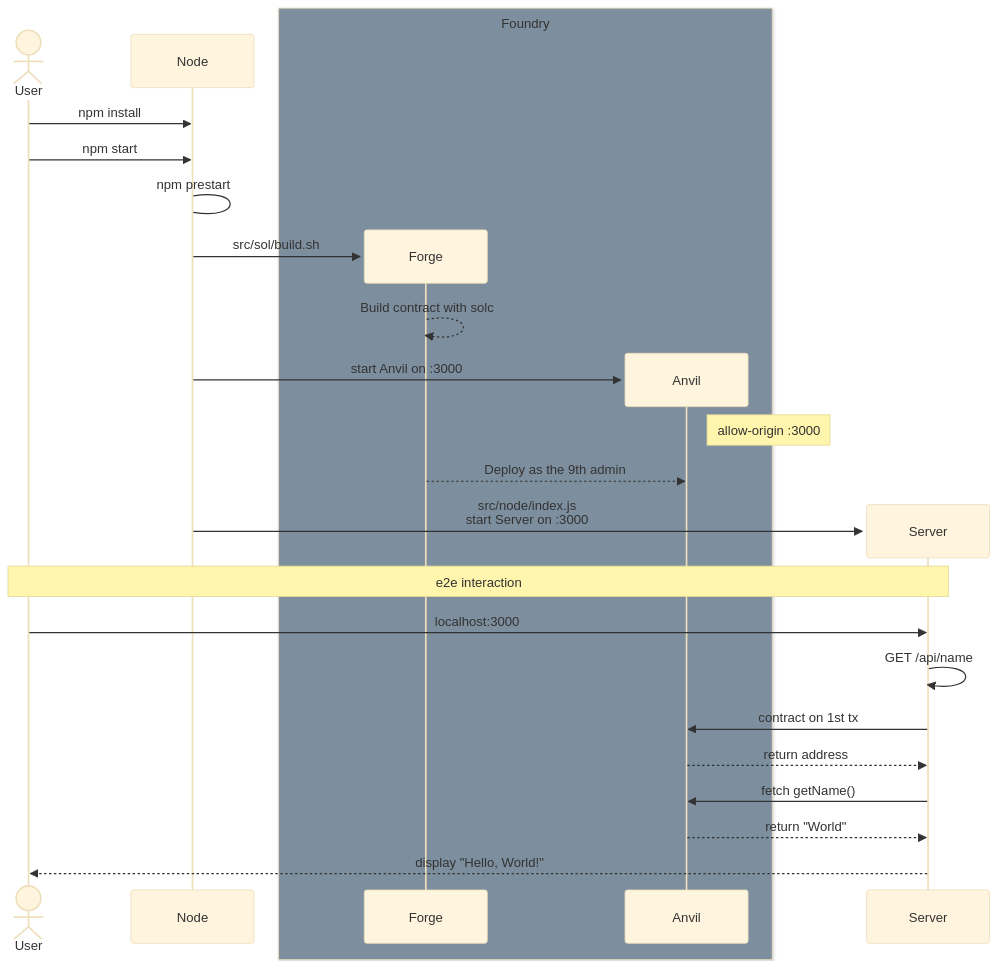
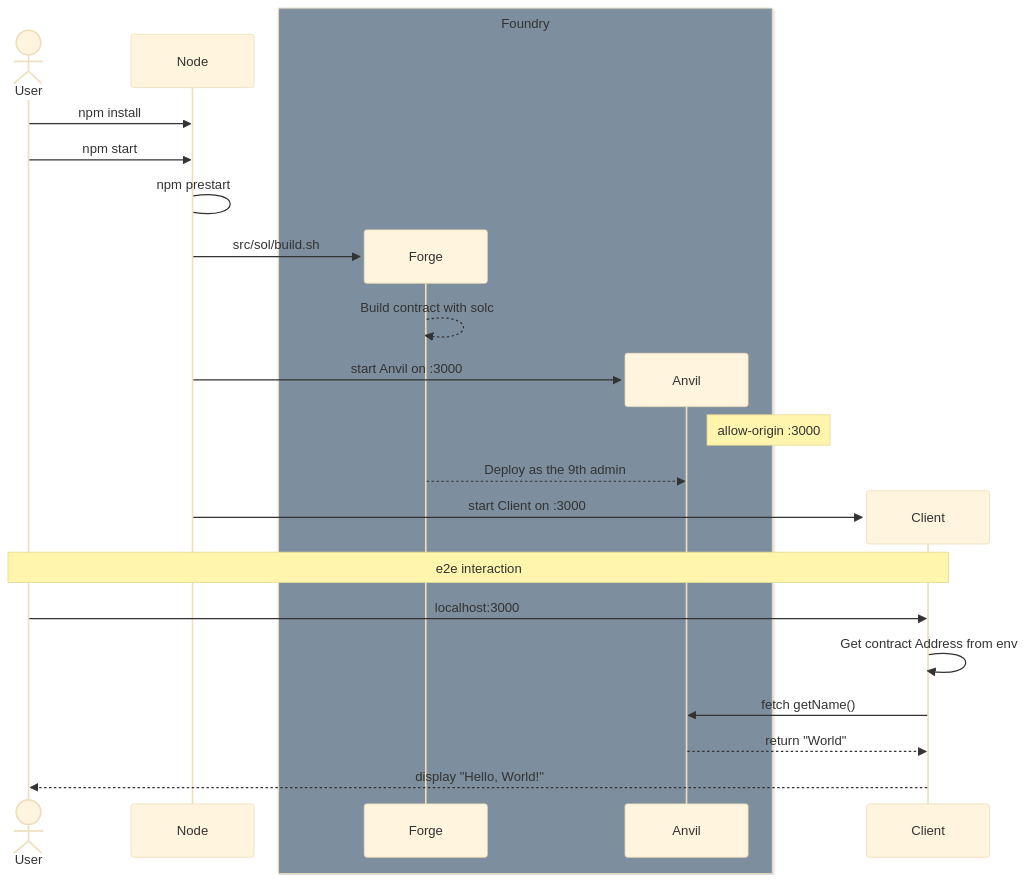
One commit to ooMia/hands-on-dapp changed the diagram in README.md. Above: the diagram before and after it, drawn with Mermaid (base theme). The commit also changed 47 other files, not shown here.

````diff
--- a/README.md
+++ b/README.md
@@ -28,36 +28,34 @@
 ```mermaid
 sequenceDiagram
 
     actor U as User
     participant N as Node
 
     U ->> N: npm install
     U ->> N: npm start
     N -> N: npm prestart
 
     create participant F as Forge
     N ->> F: src/sol/build.sh
     F -->> F: Build contract with solc
     create participant A as Anvil
     N ->> A: start Anvil on :3000
     Note right of A: allow-origin :3000
 
     F -->> A: Deploy as the 9th admin
 
     box rgba(33,66,99,0.5) Foundry
     participant A
     participant F
     end
 
-    create participant S as Server
-    N ->> S: src/node/index.js<br>start Server on :3000
+    create participant C as Client
+    N ->> C: start Client on :3000
 
-    Note over U,S: e2e interaction
-    U ->> S: localhost:3000
-    S ->> S: GET /api/name
-    S ->> A: contract on 1st tx
-    A -->> S: return address
-    S ->> A: fetch getName()
-    A -->> S: return "World"
-    S -->> U: display "Hello, World!"
+    Note over U,C: e2e interaction
+    U ->> C: localhost:3000
+    C ->> C: Get contract Address from env
+    C ->> A: fetch getName()
+    A -->> C: return "World"
+    C -->> U: display "Hello, World!"
 ```
````
